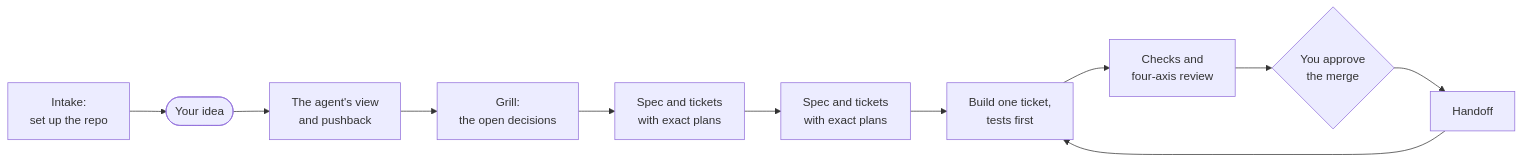
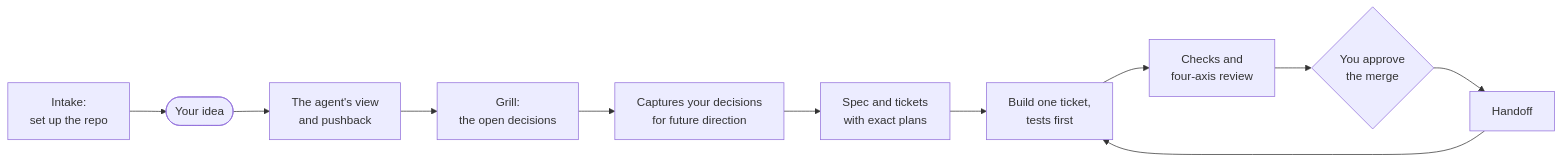
The first of 3 diagrams in README.md (fbhadha/py-dev), drawn with Mermaid before and after one commit.

Commit message:
Update flowchart description in README.md

````diff
--- a/README.md
+++ b/README.md
@@ -9,13 +9,13 @@
 ```mermaid
 flowchart LR
     intake[Intake:<br/>set up the repo] --> idea([Your idea])
     idea --> view[The agent's view<br/>and pushback]
     view --> grill[Grill:<br/>the open decisions]
-    grill --> ADR[Spec and tickets<br/>with exact plans]
+    grill --> ADR[Captures your decisions<br/>for future direction]
     ADR --> tickets[Spec and tickets<br/>with exact plans]
     tickets --> build[Build one ticket,<br/>tests first]
     build --> review[Checks and<br/>four-axis review]
     review --> merge{You approve<br/>the merge}
     merge --> handoff[Handoff]
     handoff --> build
 ```
````
